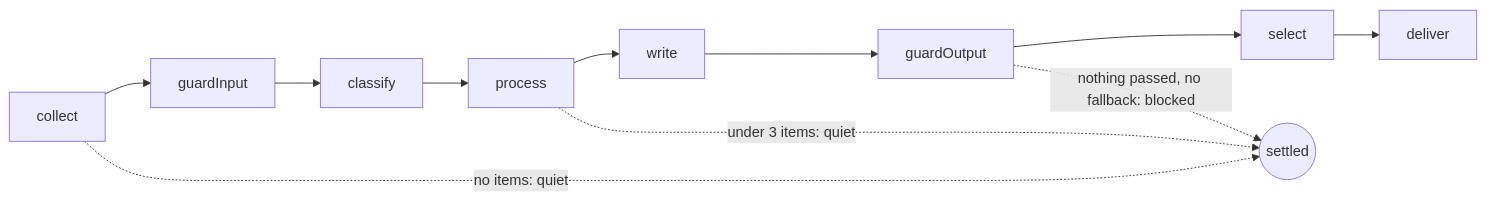
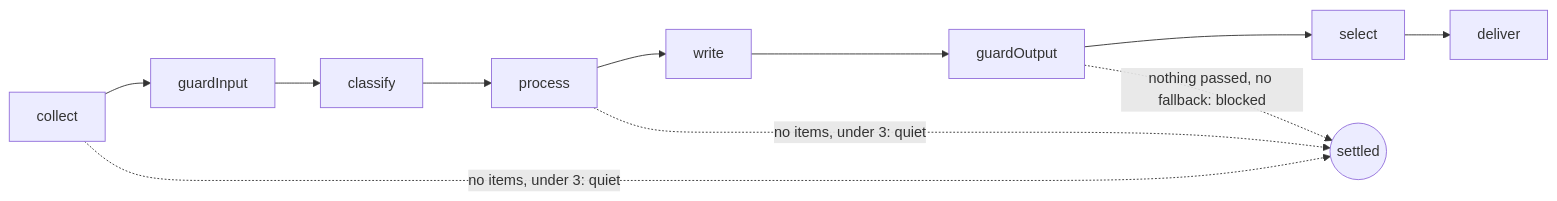
The diagram in src/digest/stages/CLAUDE.md (odere-pro/weekly-engineering-digest-agent), drawn with Mermaid before and after one commit. The commit also changed other lines of this file and 119 other files, not shown here.

````diff
--- a/src/digest/stages/CLAUDE.md
+++ b/src/digest/stages/CLAUDE.md
@@ -9,7 +9,6 @@
 ```mermaid
 flowchart LR
   collect --> guardInput --> classify --> process --> write --> guardOutput --> select --> deliver
-  collect -.->|"no items: quiet"| settled(("settled"))
-  process -.->|"under 3 items: quiet"| settled
+  collect & process -.->|"no items, under 3: quiet"| settled(("settled"))
   guardOutput -.->|"nothing passed, no fallback: blocked"| settled
 ```
````
